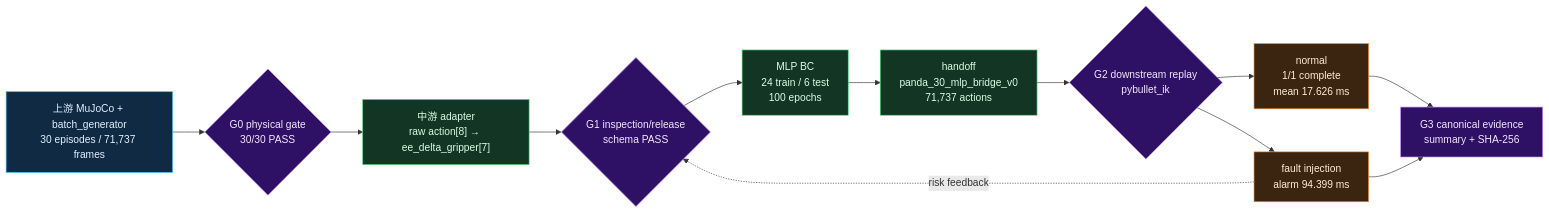
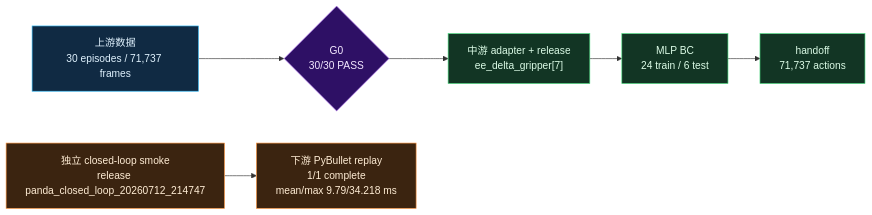
One commit to inayina/robot-arm-episode-data-lab changed the diagram in docs/portfolio/CANONICAL_EXPERIMENT.md. Above: the diagram before and after it, drawn with Mermaid. The commit also changed other lines of this file and 27 other files, not shown here.

````diff
--- a/docs/portfolio/CANONICAL_EXPERIMENT.md
+++ b/docs/portfolio/CANONICAL_EXPERIMENT.md
@@ -14,27 +19,23 @@
 ```mermaid
 flowchart LR
-    U["上游 MuJoCo + batch_generator<br/>30 episodes / 71,737 frames"]
-    G0{"G0 physical gate<br/>30/30 PASS"}
-    A["中游 adapter<br/>raw action[8] → ee_delta_gripper[7]"]
-    G1{"G1 inspection/release<br/>schema PASS"}
-    T["MLP BC<br/>24 train / 6 test<br/>100 epochs"]
-    H["handoff<br/>panda_30_mlp_bridge_v0<br/>71,737 actions"]
-    G2{"G2 downstream replay<br/>pybullet_ik"}
-    N["normal<br/>1/1 complete<br/>mean 17.626 ms"]
-    F["fault injection<br/>alarm 94.399 ms"]
-    G3["G3 canonical evidence<br/>summary + SHA-256"]
+    U["上游数据<br/>30 episodes / 71,737 frames"]
+    G0{"G0<br/>30/30 PASS"}
+    A["中游 adapter + release<br/>ee_delta_gripper[7]"]
+    T["MLP BC<br/>24 train / 6 test"]
+    H["handoff<br/>71,737 actions"]
 
-    U --> G0 --> A --> G1 --> T --> H --> G2
-    G2 --> N --> G3
-    G2 --> F --> G3
-    F -. "risk feedback" .-> G1
+    S["独立 closed-loop smoke<br/>release panda_closed_loop_20260712_214747"]
+    G2["下游 PyBullet replay<br/>1/1 complete<br/>mean/max 9.79/34.218 ms"]
+
+    U --> G0 --> A --> T --> H
+    S --> G2
 
     classDef upstream fill:#102a43,stroke:#38bdf8,color:#e0f2fe
     classDef middle fill:#123524,stroke:#4ade80,color:#dcfce7
     classDef downstream fill:#3b2410,stroke:#fb923c,color:#ffedd5
     classDef gate fill:#2e1065,stroke:#c084fc,color:#f3e8ff
     class U upstream
     class A,T,H middle
-    class N,F downstream
-    class G0,G1,G2,G3 gate
+    class S,G2 downstream
+    class G0 gate
 ```
````
